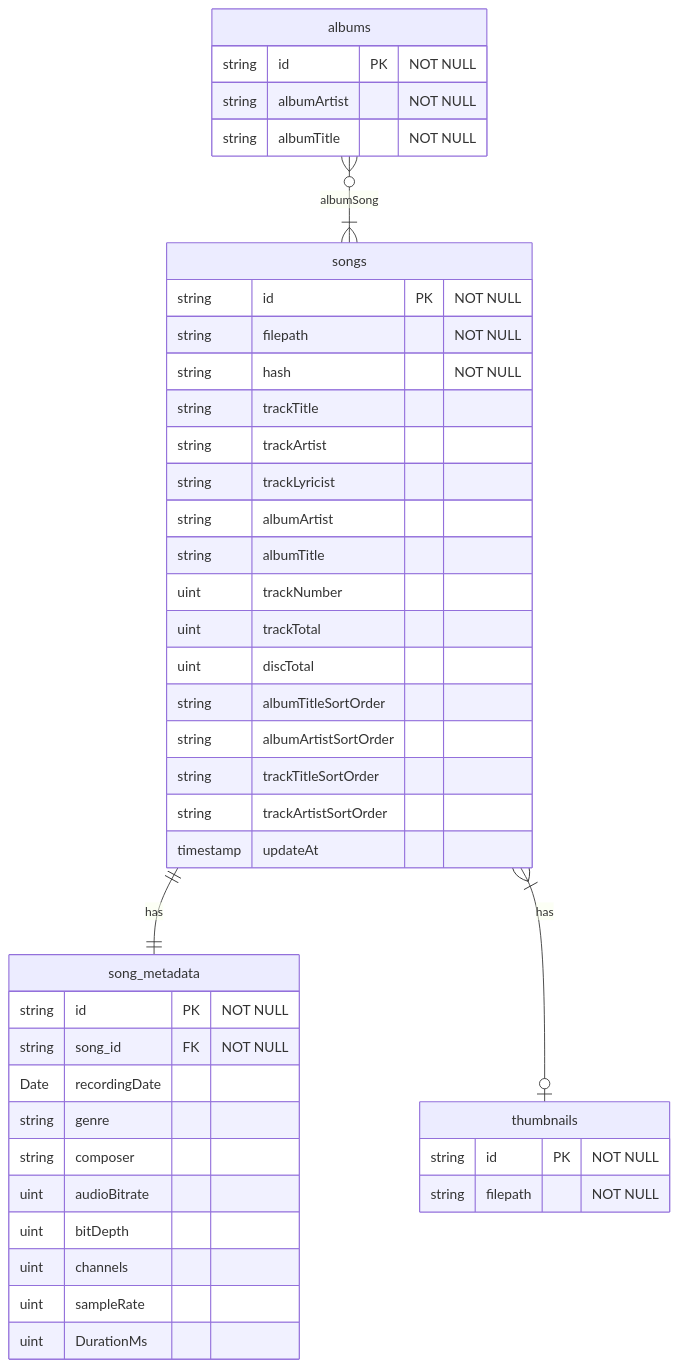
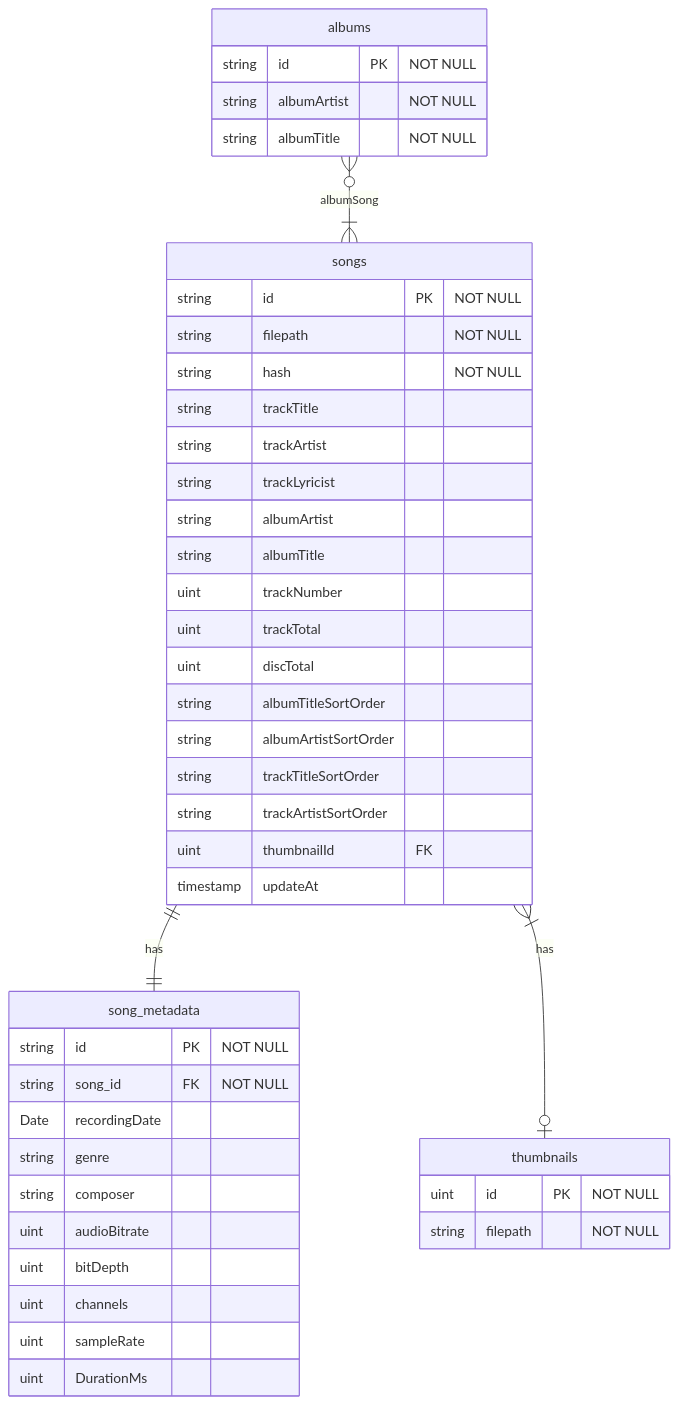
One commit to saka-naname/audira changed the diagram in docs/schema.md. Above: the diagram before and after it, drawn with Mermaid. The commit also changed 5 other files, not shown here.

````diff
--- a/docs/schema.md
+++ b/docs/schema.md
@@ -1,49 +1,50 @@
 ```mermaid
 erDiagram
     songs ||--|| song_metadata : has
     albums }o--|{ songs : "albumSong"
     songs }|--o| thumbnails : has
 
     songs {
         string id PK "NOT NULL"
         string filepath "NOT NULL"
         string hash "NOT NULL"
         string trackTitle
         string trackArtist
         string trackLyricist
         string albumArtist
         string albumTitle
         uint trackNumber
         uint trackTotal
         uint discTotal
         string albumTitleSortOrder
         string albumArtistSortOrder
         string trackTitleSortOrder
         string trackArtistSortOrder
+        uint thumbnailId FK
         timestamp updateAt
     }
 
     song_metadata {
         string id PK "NOT NULL"
         string song_id FK "NOT NULL"
         Date recordingDate
         string genre
         string composer
         uint audioBitrate
         uint bitDepth
         uint channels
         uint sampleRate
         uint DurationMs
     }
 
     albums {
         string id PK "NOT NULL"
         string albumArtist "NOT NULL"
         string albumTitle "NOT NULL"
     }
 
     thumbnails {
-        string id PK "NOT NULL"
+        uint id PK "NOT NULL"
         string filepath "NOT NULL"
     }
 ```
````
